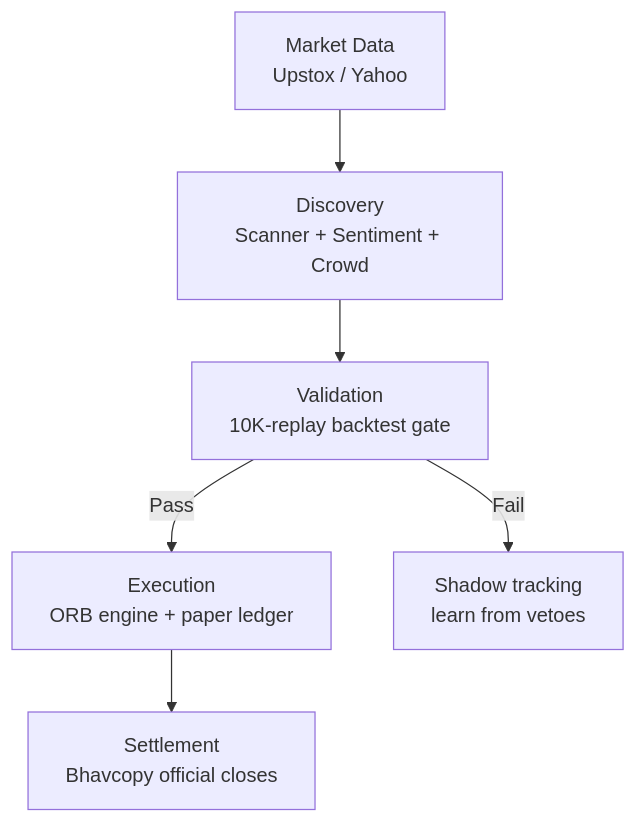
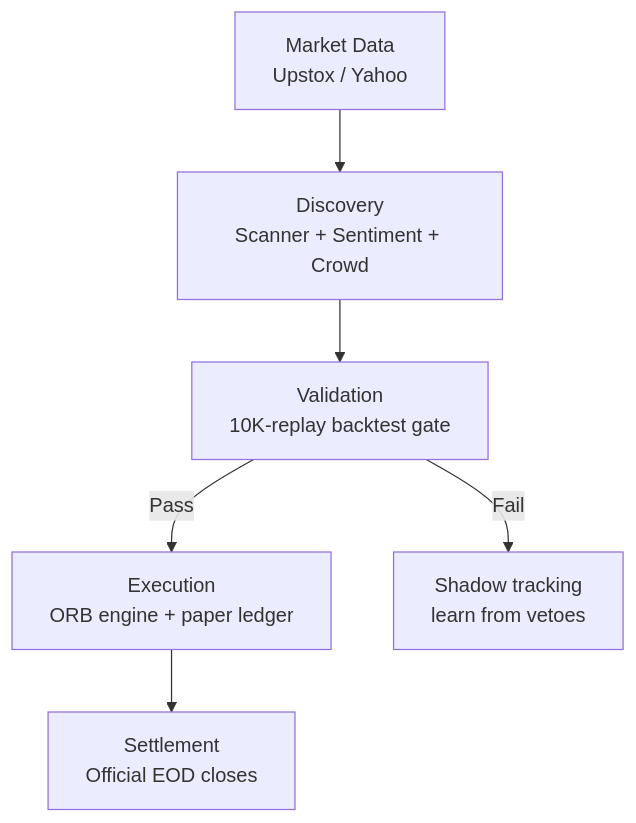
One commit to Pratham1997/indian-day-trade-skill changed the diagram in README.md. Above: the diagram before and after it, drawn with Mermaid. The commit also changed other lines of this file, not shown here.

Commit message:
README: tagline, diagram fix, audience section

````diff
--- a/README.md
+++ b/README.md
@@ -18,8 +20,8 @@
 ```mermaid
 flowchart TD
     A[Market Data<br/>Upstox / Yahoo] --> B[Discovery<br/>Scanner + Sentiment + Crowd]
     B --> C[Validation<br/>10K-replay backtest gate]
     C -->|Pass| D[Execution<br/>ORB engine + paper ledger]
     C -->|Fail| E[Shadow tracking<br/>learn from vetoes]
-    D --> F[Settlement<br/>Bhavcopy official closes]
+    D --> F[Settlement<br/>Official EOD closes]
 ```
````
